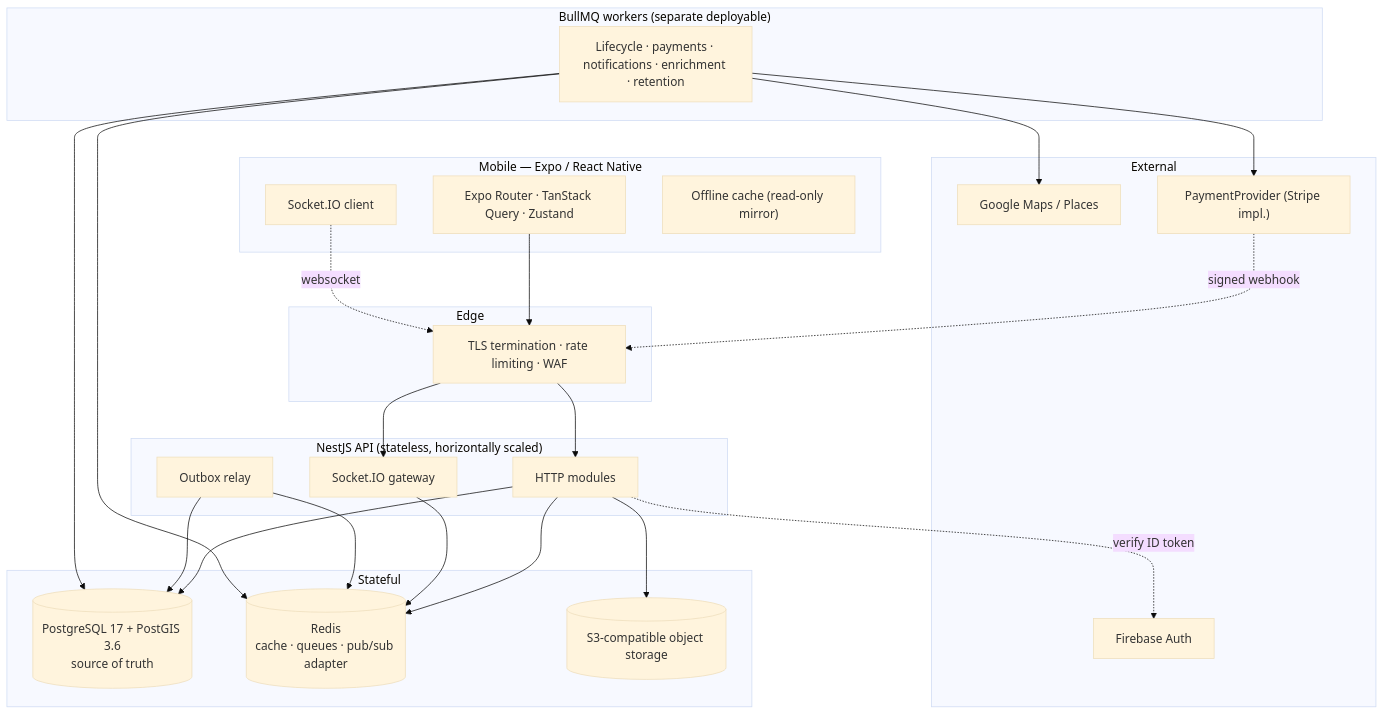
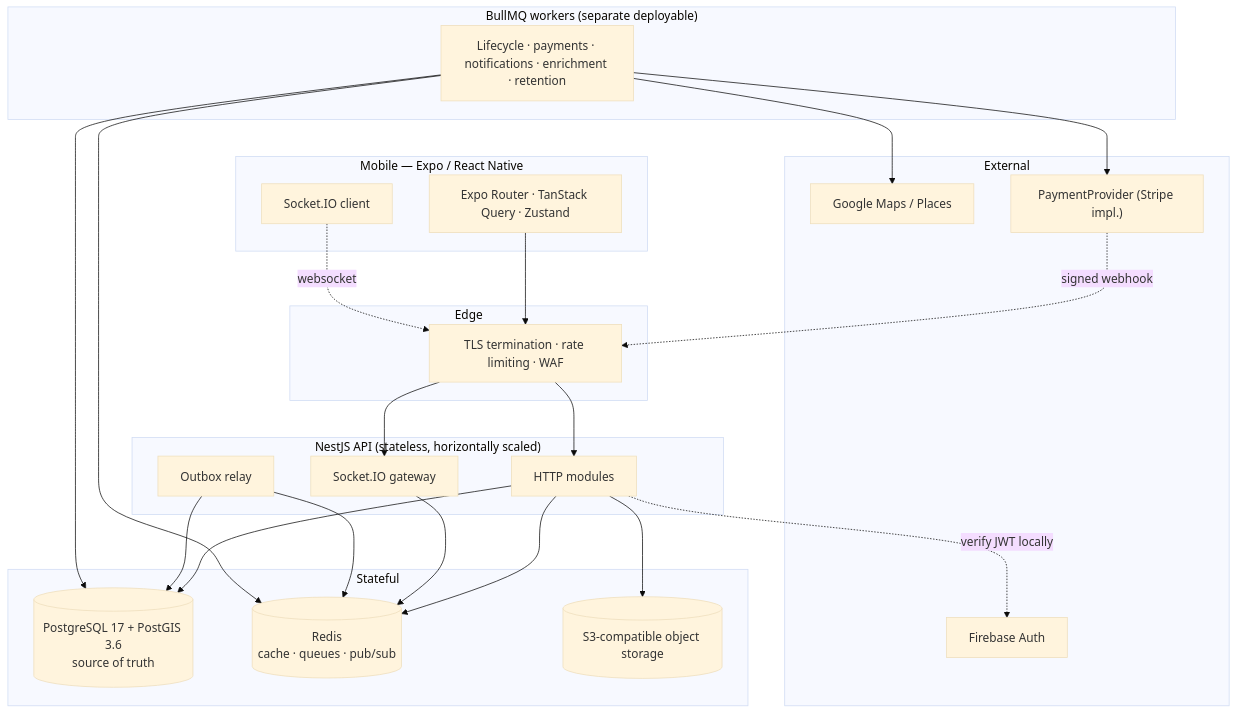
The first of 4 diagrams in docs/superpowers/specs/2026-08-20-tripwith-phase-1-design.md (Alen60843/Travel-App), drawn with Mermaid (base theme) before and after one commit. The commit also changed other lines of this file and 8 other files, not shown here.

````diff
--- a/docs/superpowers/specs/2026-08-20-tripwith-phase-1-design.md
+++ b/docs/superpowers/specs/2026-08-20-tripwith-phase-1-design.md
@@ -33,49 +31,43 @@
 ```mermaid
 flowchart TB
     subgraph client["Mobile — Expo / React Native"]
         UI["Expo Router · TanStack Query · Zustand"]
         WS["Socket.IO client"]
-        Cache["Offline cache (read-only mirror)"]
     end
-
     subgraph edge["Edge"]
         LB["TLS termination · rate limiting · WAF"]
     end
-
     subgraph api["NestJS API (stateless, horizontally scaled)"]
         HTTP["HTTP modules"]
         GW["Socket.IO gateway"]
         Rel["Outbox relay"]
     end
-
     subgraph workers["BullMQ workers (separate deployable)"]
         W["Lifecycle · payments · notifications · enrichment · retention"]
     end
-
     subgraph data["Stateful"]
         PG[("PostgreSQL 17 + PostGIS 3.6\nsource of truth")]
-        RD[("Redis\ncache · queues · pub/sub adapter")]
+        RD[("Redis\ncache · queues · pub/sub")]
         S3[("S3-compatible object storage")]
     end
-
     subgraph ext["External"]
         FB["Firebase Auth"]
         GM["Google Maps / Places"]
         PP["PaymentProvider (Stripe impl.)"]
     end
 
     UI --> LB --> HTTP
     WS -.websocket.-> LB --> GW
     HTTP --> PG
     HTTP --> RD
     GW --> RD
     Rel --> PG
     Rel --> RD
     W --> PG
     W --> RD
     W --> GM
     W --> PP
     HTTP --> S3
-    HTTP -.verify ID token.-> FB
+    HTTP -.verify JWT locally.-> FB
     PP -.signed webhook.-> LB
 ```
````
